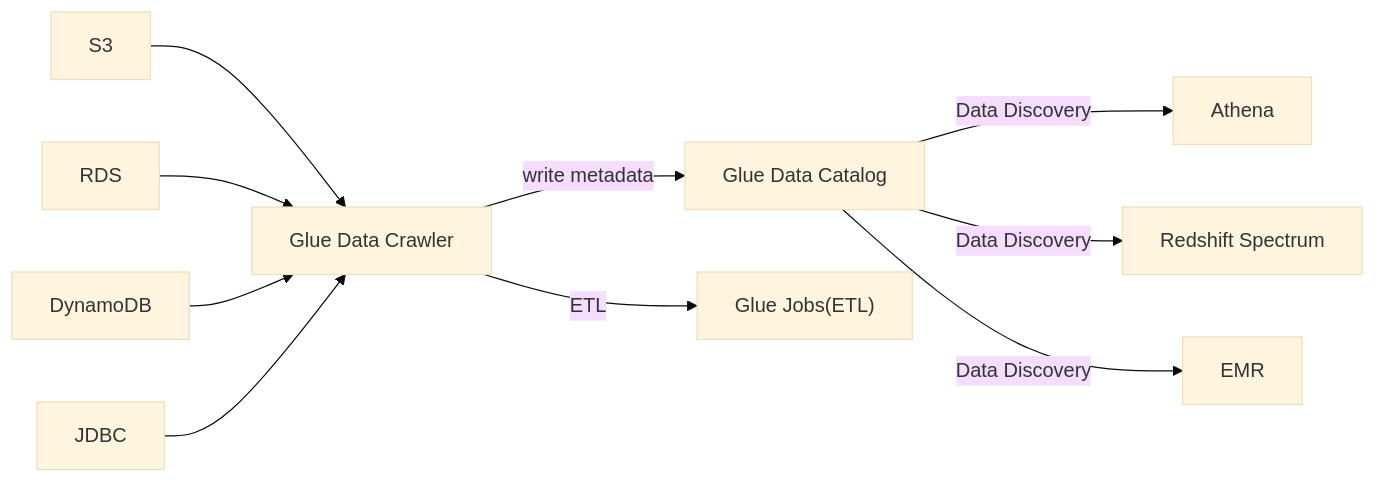
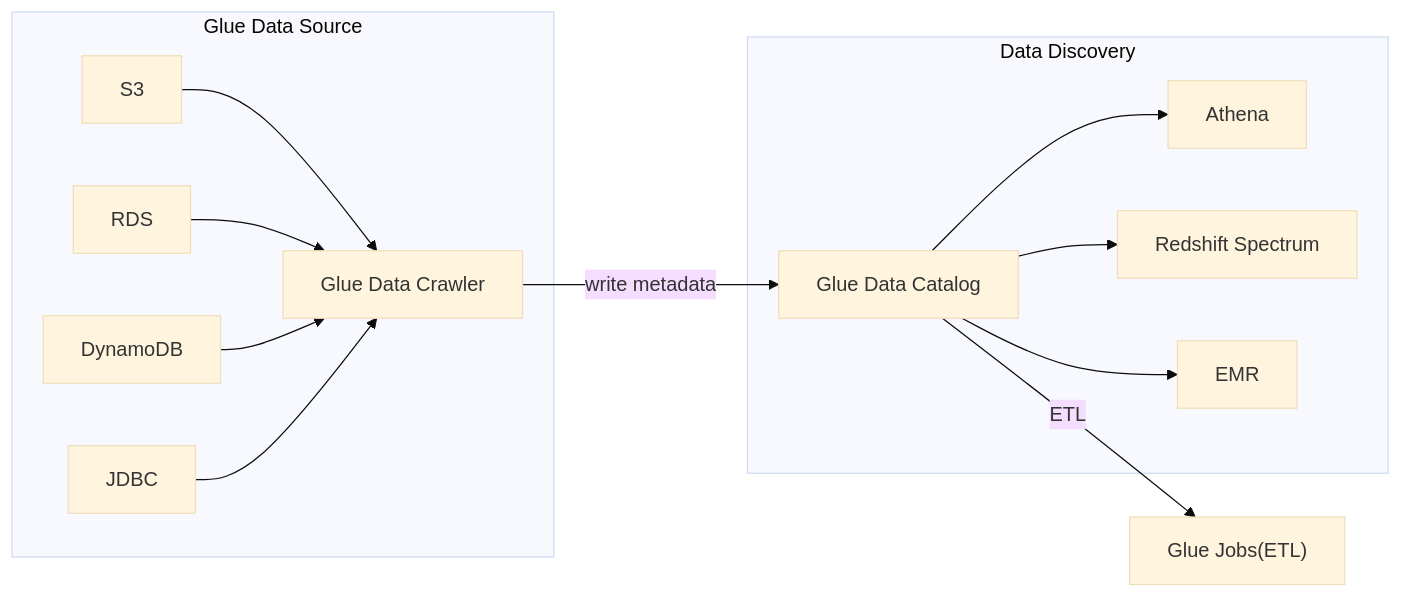
One commit to cool21540125/documentation-notes changed the ninth of 10 diagrams in aws/DatabaseAndStorage.md. Above: the diagram before and after it, drawn with Mermaid (base theme). The commit also changed other lines of this file and 4 other files, not shown here.

````diff
--- a/aws/DatabaseAndStorage.md
+++ b/aws/DatabaseAndStorage.md
@@ -360,20 +406,21 @@
-```mermaid
-flowchart LR;
+    ```mermaid
+    flowchart LR;
 
-glue["Glue Data Crawler"];
-gdc["Glue Data Catalog"];
-gjob["Glue Jobs(ETL)"];
+    glue["Glue Data Crawler"];
 
-S3 --> glue;
-RDS --> glue;
-DynamoDB --> glue;
-JDBC --> glue;
+    subgraph src["Glue Data Source"]
+        S3 --> glue;
+        RDS --> glue;
+        DynamoDB --> glue;
+        JDBC --> glue;
+    end
 
-glue -- write metadata --> gdc;
+    glue -- write metadata --> gdc["Glue Data Catalog"];
+    gdc -- ETL --> gjob["Glue Jobs(ETL)"];
 
-glue -- ETL --> gjob;
-
-gdc -- Data Discovery --> Athena;
-gdc -- Data Discovery --> r["Redshift Spectrum"];
-gdc -- Data Discovery --> EMR;
-```
+    subgraph Data Discovery
+        gdc --> Athena;
+        gdc --> r["Redshift Spectrum"];
+        gdc --> EMR;
+    end
+    ```
````
